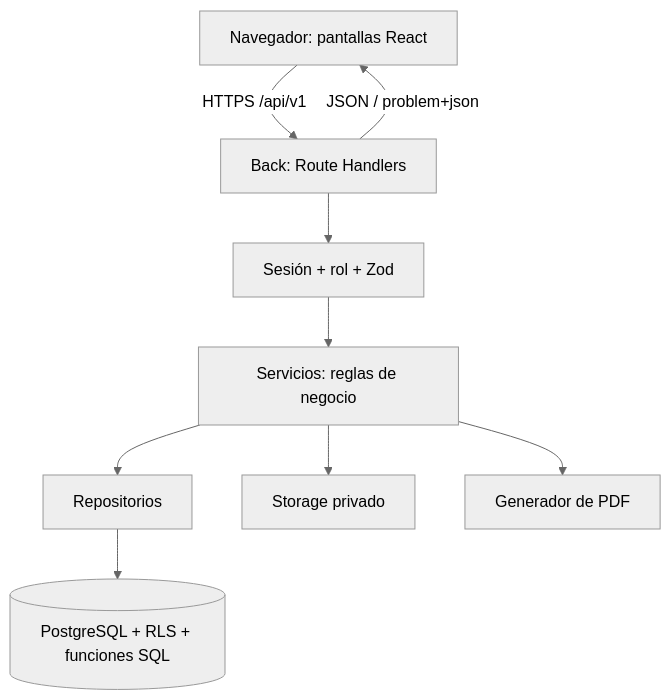
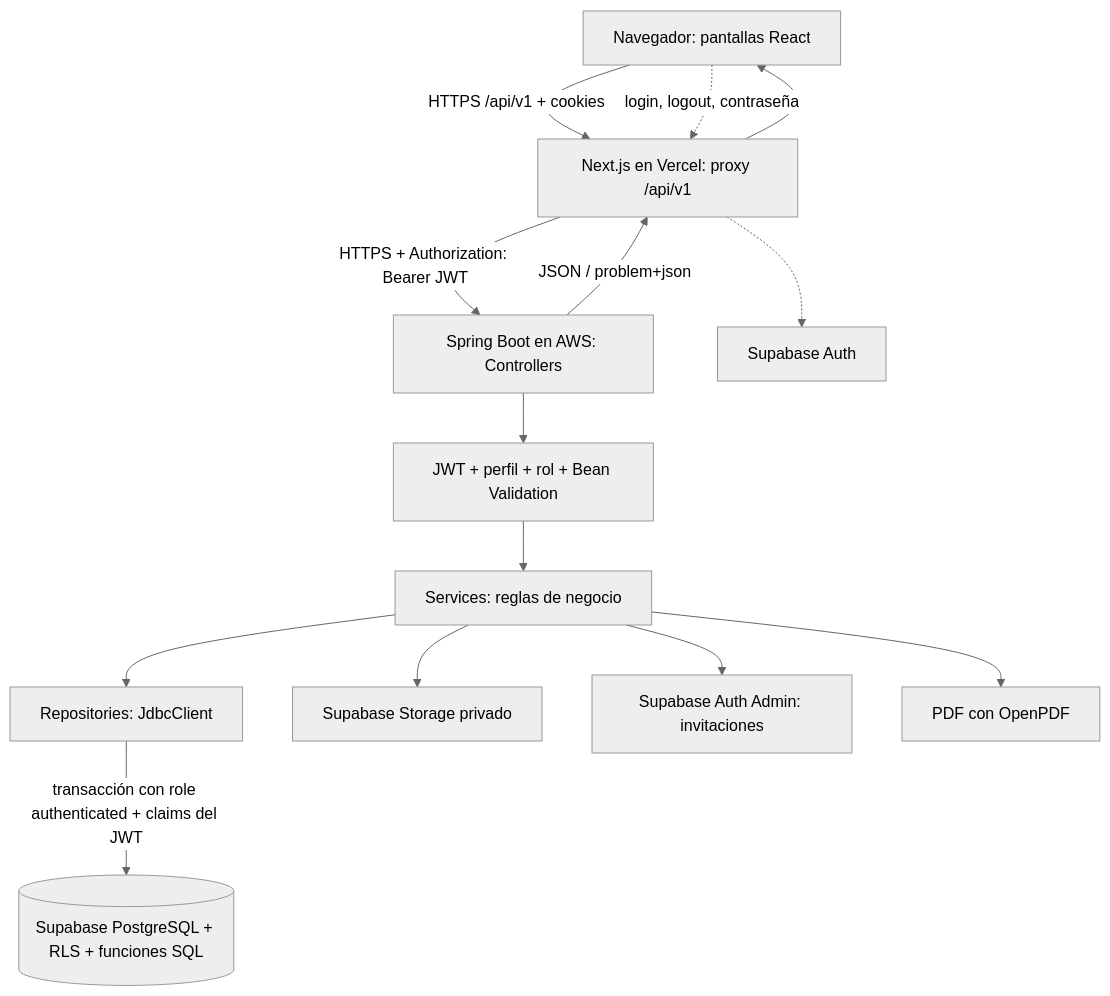
Before and after one commit to Elian-Casallas/inmocheck: the first of 2 diagrams in docs/arquitectura.md, drawn with Mermaid (neutral theme). The commit also changed other lines of this file and 4 other files, not shown here.

First line of the commit message:
docs: plan para migrar el back a Spring Boot en AWS

````diff
--- a/docs/arquitectura.md
+++ b/docs/arquitectura.md
@@ -8,11 +16,16 @@
 ```mermaid
 flowchart TD
-  B[Navegador: pantallas React] -->|HTTPS /api/v1| R[Back: Route Handlers]
-  R --> V[Sesión + rol + Zod]
-  V --> S[Servicios: reglas de negocio]
-  S --> RP[Repositorios]
-  RP --> D[(PostgreSQL + RLS + funciones SQL)]
-  S --> ST[Storage privado]
-  S --> P[Generador de PDF]
-  R -->|JSON / problem+json| B
+  B[Navegador: pantallas React] -->|HTTPS /api/v1 + cookies| N[Next.js en Vercel: proxy /api/v1]
+  N -->|HTTPS + Authorization: Bearer JWT| C[Spring Boot en AWS: Controllers]
+  C --> V[JWT + perfil + rol + Bean Validation]
+  V --> S[Services: reglas de negocio]
+  S --> RP[Repositories: JdbcClient]
+  RP -->|transacción con role authenticated + claims del JWT| D[(Supabase PostgreSQL + RLS + funciones SQL)]
+  S --> ST[Supabase Storage privado]
+  S --> AU[Supabase Auth Admin: invitaciones]
+  S --> P[PDF con OpenPDF]
+  C -->|JSON / problem+json| N
+  N --> B
+  B -.->|login, logout, contraseña| N
+  N -.-> SA[Supabase Auth]
 ```
````
